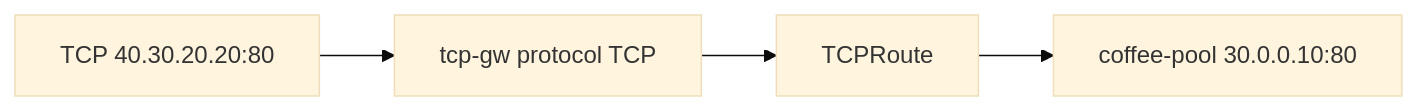
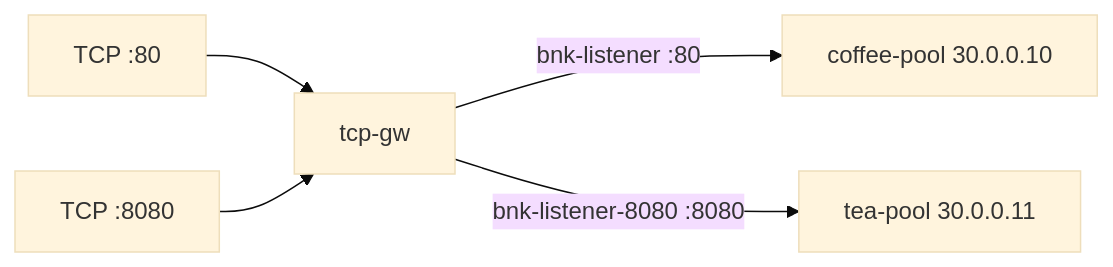
One commit to mink0119/2609_f5bnk changed the diagram in Advanced_Feature/3.16_TCPRoute_Listener/README.md. Above: the diagram before and after it, drawn with Mermaid (base theme). The commit also changed other lines of this file and 138 other files, not shown here.

````diff
--- a/Advanced_Feature/3.16_TCPRoute_Listener/README.md
+++ b/Advanced_Feature/3.16_TCPRoute_Listener/README.md
@@ -5,6 +7,7 @@
 ```mermaid
 flowchart LR
-  C["TCP 40.30.20.20:80"] --> GW["tcp-gw protocol TCP"]
-  GW --> R[TCPRoute]
-  R --> P1["coffee-pool 30.0.0.10:80"]
+  C80["TCP :80"] --> GW[tcp-gw]
+  C8080["TCP :8080"] --> GW
+  GW -->|bnk-listener :80| P1["coffee-pool 30.0.0.10"]
+  GW -->|bnk-listener-8080 :8080| P2["tea-pool 30.0.0.11"]
 ```
````
